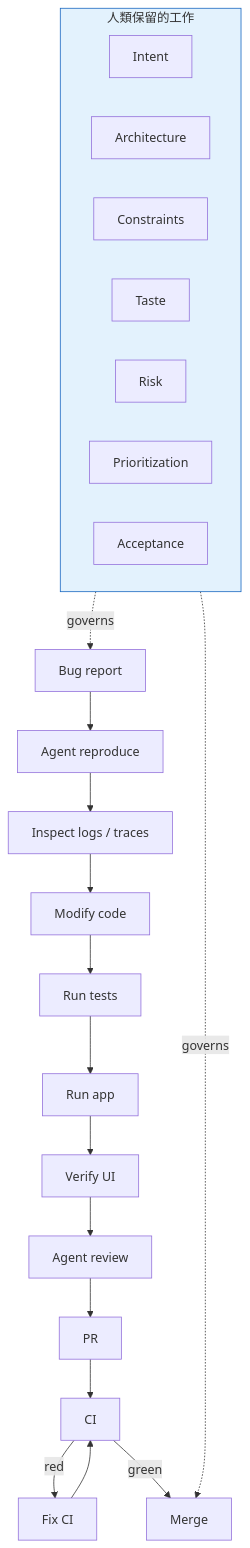
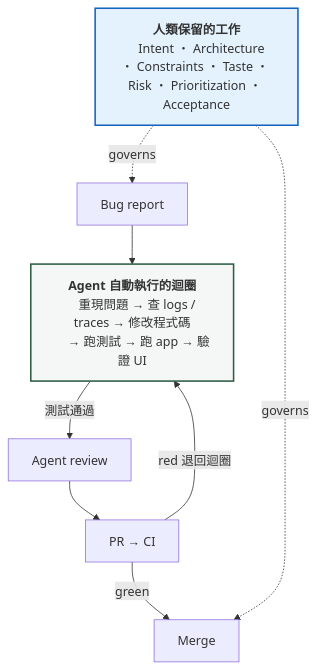
The seventh of 8 diagrams in 2026-09-agentic-engineering-platform/article.md (fantasybz/medium-articles), drawn with Mermaid before and after one commit. The commit also changed other lines of this file and 32 other files, not shown here.

First line of the commit message:
Redraw the two unreadable diagrams in the overview (zh and en)

````diff
--- a/2026-09-agentic-engineering-platform/article.md
+++ b/2026-09-agentic-engineering-platform/article.md
@@ -319,27 +319,17 @@
 ```mermaid
-flowchart TD
-    BR["Bug report"] --> RP["Agent reproduce"]
-    RP --> IL["Inspect logs / traces"]
-    IL --> MC["Modify code"]
-    MC --> RT["Run tests"]
-    RT --> RA["Run app"]
-    RA --> VU["Verify UI"]
-    VU --> AR["Agent review"]
-    AR --> PR["PR"]
-    PR --> CI["CI"]
-    CI -->|red| FX["Fix CI"]
-    FX --> CI
+flowchart TB
+    BR["Bug report"] --> AL
+    AL["<b>Agent 自動執行的迴圈</b>
+    重現問題 → 查 logs / traces → 修改程式碼
+    → 跑測試 → 跑 app → 驗證 UI"]
+    AL -->|測試通過| AR["Agent review"]
+    AR --> CI["PR → CI"]
+    CI -->|red 退回迴圈| AL
     CI -->|green| MG["Merge"]
-    subgraph HUMAN["人類保留的工作"]
-        H1["Intent"]
-        H2["Architecture"]
-        H3["Constraints"]
-        H4["Taste"]
-        H5["Risk"]
-        H6["Prioritization"]
-        H7["Acceptance"]
-    end
+    HUMAN["<b>人類保留的工作</b>
+    Intent ・ Architecture ・ Constraints ・ Taste ・ Risk ・ Prioritization ・ Acceptance"]
     HUMAN -.->|governs| BR
     HUMAN -.->|governs| MG
-    style HUMAN fill:#e3f2fd,stroke:#1565c0
+    style HUMAN fill:#e3f2fd,stroke:#1565c0,stroke-width:2px
+    style AL fill:#f4f7f5,stroke:#2e5e46,stroke-width:2px
 ```
````
